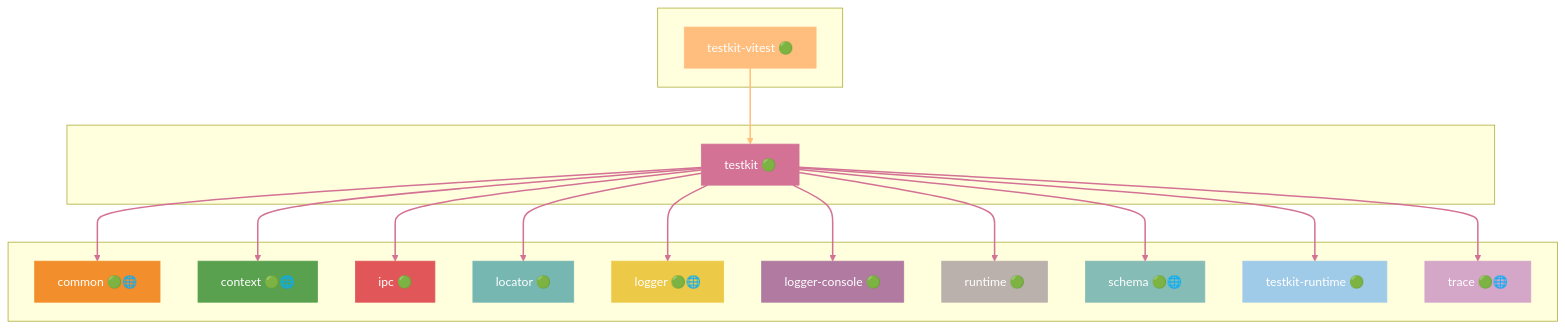
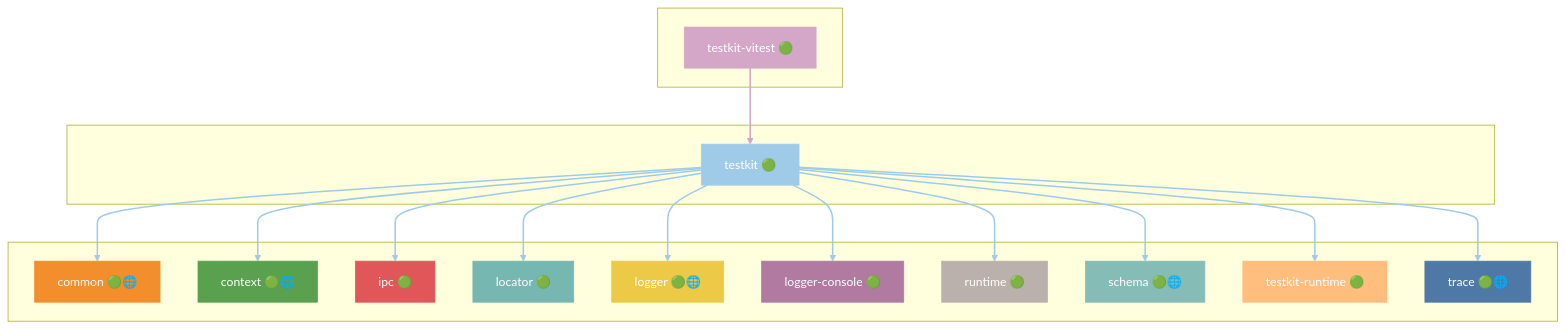
Diagram 35 of 41 in docs/DEPENDENCIES.md (grest-ts/grest-ts), drawn with Mermaid before and after one commit. The commit also changed other lines of this file and 31 other files, not shown here.

````diff
--- a/docs/DEPENDENCIES.md
+++ b/docs/DEPENDENCIES.md
@@ -1597,55 +1609,55 @@
 ```mermaid
 flowchart TB
     subgraph Dependents[" "]
         testkit-vitest["testkit-vitest 🟢"]
     end
     subgraph Package[" "]
         testkit["testkit 🟢"]
     end
     subgraph Dependencies[" "]
         common["common 🟢🌐"]
         context["context 🟢🌐"]
         ipc["ipc 🟢"]
         locator["locator 🟢"]
         logger["logger 🟢🌐"]
         logger-console["logger-console 🟢"]
         runtime["runtime 🟢"]
         schema["schema 🟢🌐"]
         testkit-runtime["testkit-runtime 🟢"]
         trace["trace 🟢🌐"]
     end
     testkit-vitest --> testkit
     testkit --> common
     testkit --> context
     testkit --> ipc
     testkit --> locator
     testkit --> logger
     testkit --> logger-console
     testkit --> runtime
     testkit --> schema
     testkit --> testkit-runtime
     testkit --> trace
-    style testkit fill:#D37295,stroke:#D37295,color:#fff
-    style testkit-vitest fill:#FFBE7D,stroke:#FFBE7D,color:#fff
+    style testkit fill:#A0CBE8,stroke:#A0CBE8,color:#fff
+    style testkit-vitest fill:#D4A6C8,stroke:#D4A6C8,color:#fff
     style common fill:#F28E2B,stroke:#F28E2B,color:#fff
     style context fill:#59A14F,stroke:#59A14F,color:#fff
     style ipc fill:#E15759,stroke:#E15759,color:#fff
     style locator fill:#76B7B2,stroke:#76B7B2,color:#fff
     style logger fill:#EDC948,stroke:#EDC948,color:#fff
     style logger-console fill:#B07AA1,stroke:#B07AA1,color:#fff
     style runtime fill:#BAB0AC,stroke:#BAB0AC,color:#fff
     style schema fill:#86BCB6,stroke:#86BCB6,color:#fff
-    style testkit-runtime fill:#A0CBE8,stroke:#A0CBE8,color:#fff
-    style trace fill:#D4A6C8,stroke:#D4A6C8,color:#fff
-    linkStyle 0 stroke:#FFBE7D,stroke-width:2px
-    linkStyle 1 stroke:#D37295,stroke-width:2px
-    linkStyle 2 stroke:#D37295,stroke-width:2px
-    linkStyle 3 stroke:#D37295,stroke-width:2px
-    linkStyle 4 stroke:#D37295,stroke-width:2px
-    linkStyle 5 stroke:#D37295,stroke-width:2px
-    linkStyle 6 stroke:#D37295,stroke-width:2px
-    linkStyle 7 stroke:#D37295,stroke-width:2px
-    linkStyle 8 stroke:#D37295,stroke-width:2px
-    linkStyle 9 stroke:#D37295,stroke-width:2px
-    linkStyle 10 stroke:#D37295,stroke-width:2px
+    style testkit-runtime fill:#FFBE7D,stroke:#FFBE7D,color:#fff
+    style trace fill:#4E79A7,stroke:#4E79A7,color:#fff
+    linkStyle 0 stroke:#D4A6C8,stroke-width:2px
+    linkStyle 1 stroke:#A0CBE8,stroke-width:2px
+    linkStyle 2 stroke:#A0CBE8,stroke-width:2px
+    linkStyle 3 stroke:#A0CBE8,stroke-width:2px
+    linkStyle 4 stroke:#A0CBE8,stroke-width:2px
+    linkStyle 5 stroke:#A0CBE8,stroke-width:2px
+    linkStyle 6 stroke:#A0CBE8,stroke-width:2px
+    linkStyle 7 stroke:#A0CBE8,stroke-width:2px
+    linkStyle 8 stroke:#A0CBE8,stroke-width:2px
+    linkStyle 9 stroke:#A0CBE8,stroke-width:2px
+    linkStyle 10 stroke:#A0CBE8,stroke-width:2px
 ```
````
